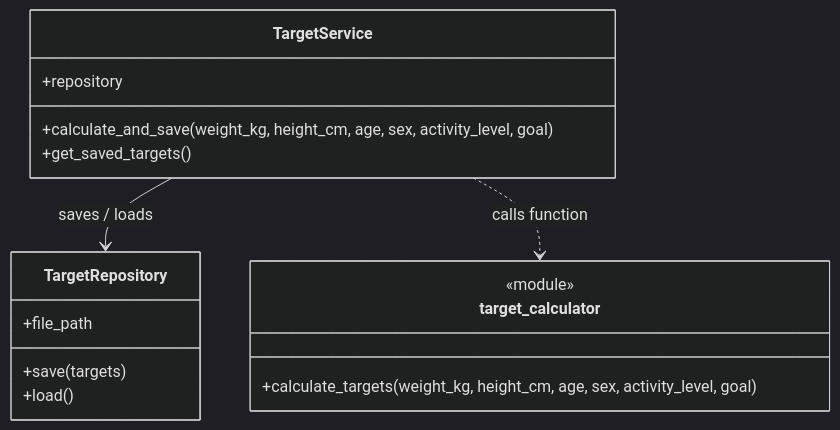
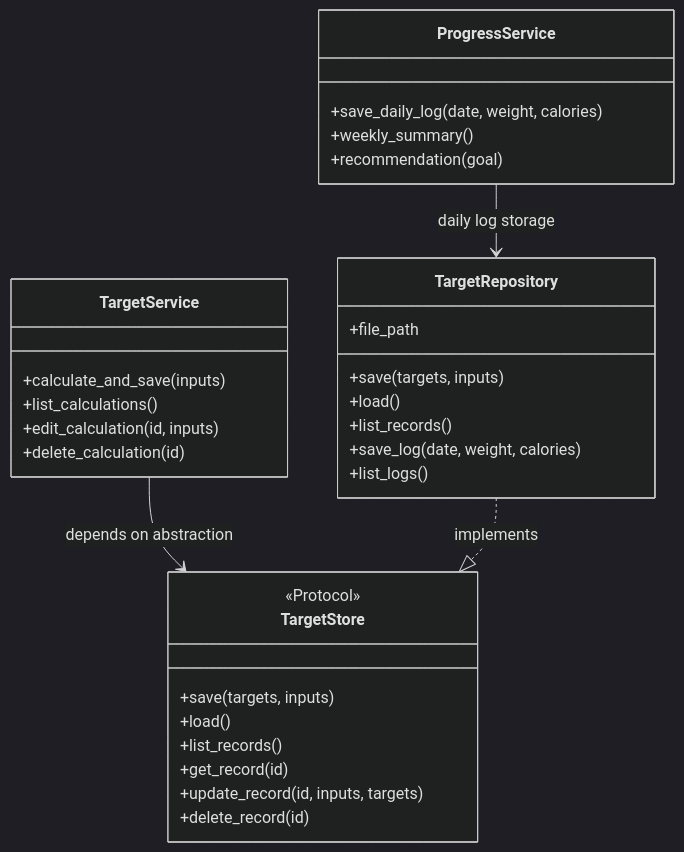
Before and after one commit to CMend137/cen5064-project-mendoza: the second of 3 diagrams in README.md, drawn with Mermaid (dark theme). The commit also changed other lines of this file and 13 other files, not shown here.

````diff
--- a/README.md
+++ b/README.md
@@ -127,19 +89,34 @@
 ```mermaid
 classDiagram
+    class TargetStore {
+      <<Protocol>>
+      +save(targets, inputs)
+      +load()
+      +list_records()
+      +get_record(id)
+      +update_record(id, inputs, targets)
+      +delete_record(id)
+    }
     class TargetService {
-        +repository
-        +calculate_and_save(weight_kg, height_cm, age, sex, activity_level, goal)
-        +get_saved_targets()
+      +calculate_and_save(inputs)
+      +list_calculations()
+      +edit_calculation(id, inputs)
+      +delete_calculation(id)
     }
     class TargetRepository {
-        +file_path
-        +save(targets)
-        +load()
+      +file_path
+      +save(targets, inputs)
+      +load()
+      +list_records()
+      +save_log(date, weight, calories)
+      +list_logs()
     }
-    class target_calculator {
-        <<module>>
-        +calculate_targets(weight_kg, height_cm, age, sex, activity_level, goal)
+    class ProgressService {
+      +save_daily_log(date, weight, calories)
+      +weekly_summary()
+      +recommendation(goal)
     }
-    TargetService --> TargetRepository : saves / loads
-    TargetService ..> target_calculator : calls function
+    TargetService --> TargetStore : depends on abstraction
+    TargetRepository ..|> TargetStore : implements
+    ProgressService --> TargetRepository : daily log storage
 ```
````
